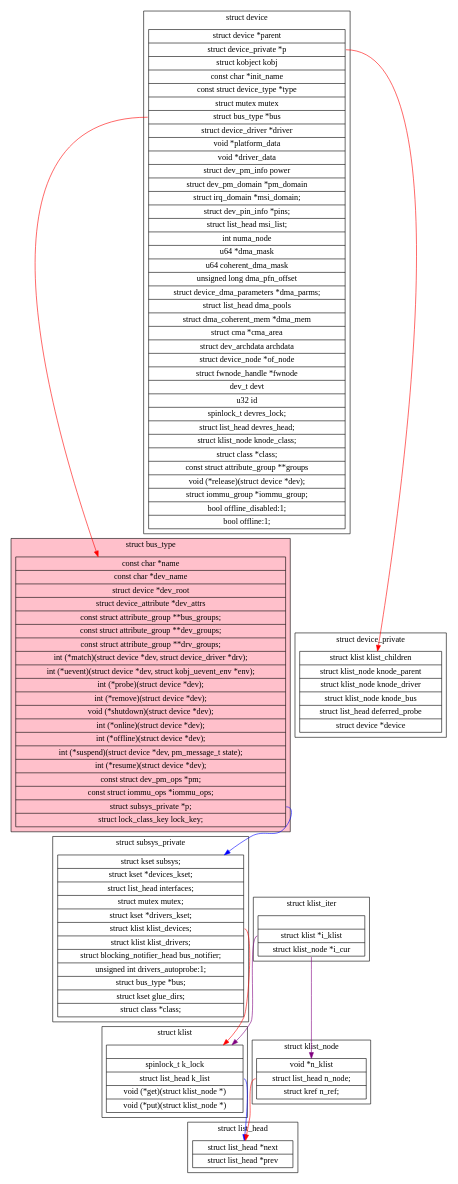
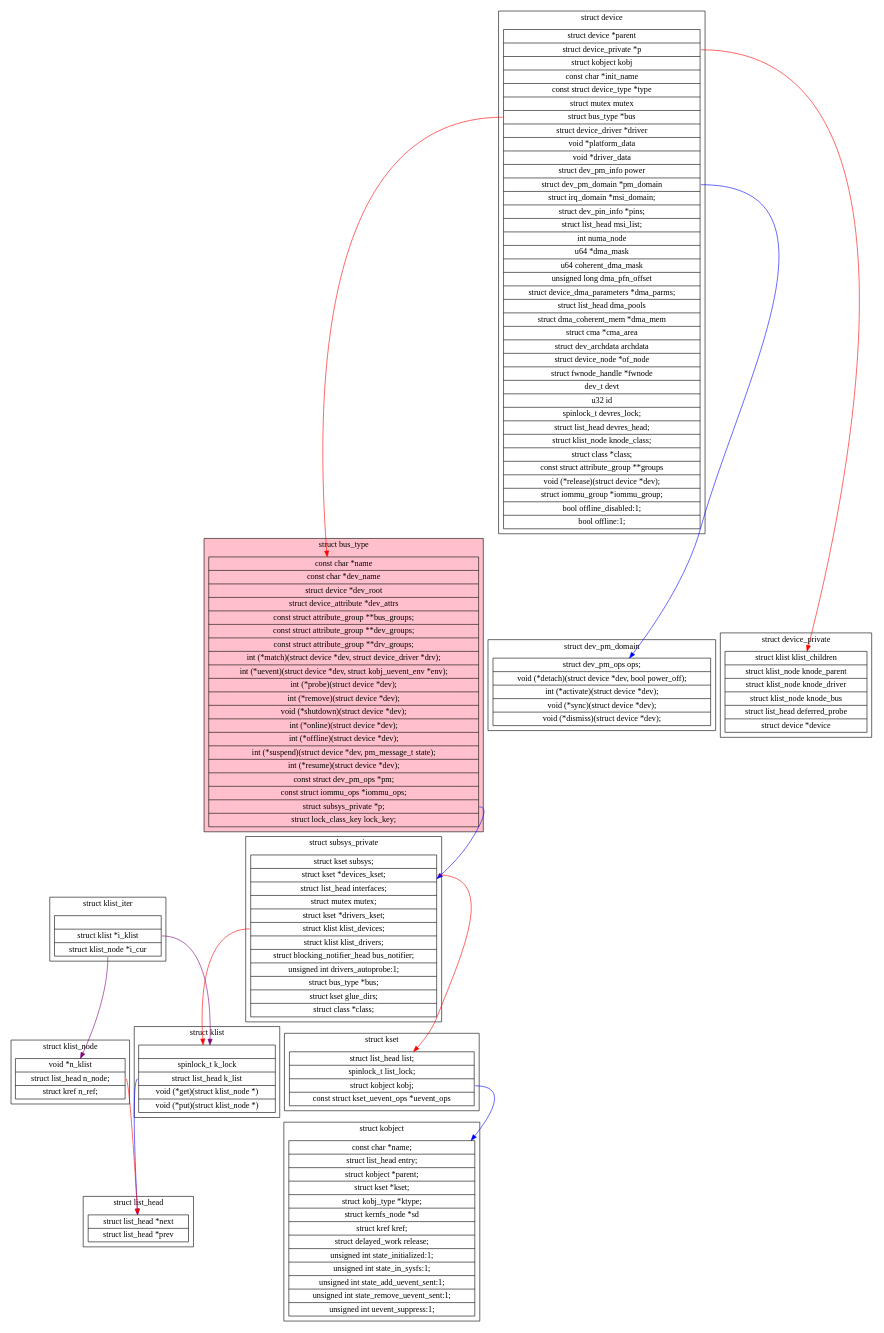
Before and after one commit to YsuXia/Debian-Learning: the diagram in graphviz/kernel/platform-bus.dot, drawn with Graphviz. The commit also changed 7 other files, not shown here.

```diff
--- a/graphviz/kernel/platform-bus.dot
+++ b/graphviz/kernel/platform-bus.dot
@@ -1,146 +1,190 @@
 digraph platform_bus{
 	node[shape=record];
 
 	subgraph cluster_struct_bus_type{
 		label="struct bus_type";
 		bgcolor="pink";
 		"struct bus_type"[label="{
 		const char      *name
     |const char      *dev_name
     |struct device       *dev_root
     |struct device_attribute *dev_attrs
     |const struct attribute_group **bus_groups;
     |const struct attribute_group **dev_groups;
     |const struct attribute_group **drv_groups;
     |int (*match)(struct device *dev, struct device_driver *drv);
     |int (*uevent)(struct device *dev, struct kobj_uevent_env *env);
     |int (*probe)(struct device *dev);
     |int (*remove)(struct device *dev);
     |void (*shutdown)(struct device *dev);
     |int (*online)(struct device *dev);
     |int (*offline)(struct device *dev);
     |int (*suspend)(struct device *dev, pm_message_t state);
     |int (*resume)(struct device *dev);
     |const struct dev_pm_ops *pm;
     |const struct iommu_ops *iommu_ops;
     |<subsys>struct subsys_private *p;
     |struct lock_class_key lock_key;
 		}"];
 	}
 
 	"struct bus_type":subsys->"struct subsys_private"[color=blue];
 
 	subgraph cluster_struct_subsys_private{
 		label="struct subsys_private";
 		"struct subsys_private"[label="{
 		struct kset subsys;
-    |struct kset *devices_kset;
+    |<dev_kset>struct kset *devices_kset;
     |struct list_head interfaces;
     |struct mutex mutex;
     |struct kset *drivers_kset;
     |<devices>struct klist klist_devices;
     |struct klist klist_drivers;
     |struct blocking_notifier_head bus_notifier;
     |unsigned int drivers_autoprobe:1;
     |struct bus_type *bus;
     |struct kset glue_dirs;
     |struct class *class;
 	}"];
 	}
+	"struct subsys_private":dev_kset->"struct kset"[color=red];
+	"struct subsys_private":devices->"struct klist"[color=red];
 
-	"struct subsys_private":devices->"struct klist"[color=red];
+	subgraph cluster_struct_kset{
+		label="struct kset";
+		"struct kset"[label="{
+		struct list_head list;
+    |spinlock_t list_lock;
+    |<obj>struct kobject kobj;
+    |const struct kset_uevent_ops *uevent_ops
+	}"];
+	}
+
+	"struct kset":obj->"struct kobject"[color=blue];
 
 	subgraph cluster_struct_device{
 		label="struct device";
 		"struct device"[label="{
 		struct device  *parent
 		|<private>struct device_private  *p
 		|struct kobject kobj
 		|const char  *init_name
 		|const struct device_type *type
 		|struct mutex        mutex
 		|<bus>struct bus_type *bus
 		|struct device_driver *driver
 		|void     *platform_data
 		|void     *driver_data
 		|struct dev_pm_info  power
-		|struct dev_pm_domain    *pm_domain
+		|<pm_domain>struct dev_pm_domain    *pm_domain
     |struct irq_domain   *msi_domain;
     |struct dev_pin_info *pins;
     |struct list_head    msi_list;
     |int     numa_node
     |u64     *dma_mask
     |u64     coherent_dma_mask
     |unsigned long   dma_pfn_offset
     |struct device_dma_parameters *dma_parms;
     |struct list_head    dma_pools
     |struct dma_coherent_mem *dma_mem
     |struct cma *cma_area
     |struct dev_archdata archdata
     |struct device_node  *of_node
     |struct fwnode_handle    *fwnode
     |dev_t           devt
     |u32         id
     |spinlock_t      devres_lock;
     |struct list_head    devres_head;
     |struct klist_node   knode_class;
     |struct class        *class;
     |const struct attribute_group **groups
 	|void    (*release)(struct device *dev);
     |struct iommu_group  *iommu_group;
     |bool            offline_disabled:1;
     |bool            offline:1;
 	}"];
 	}
+
+	"struct device":pm_domain->"struct dev_pm_domain"[color=blue];
 	"struct device":private->"struct device_private"[color=red];
 	"struct device":bus->"struct bus_type"[color=red];
 	subgraph cluster_struct_device_private{
 		label="struct device_private";
 		"struct device_private"[label="{
 		struct klist klist_children
     |struct klist_node knode_parent
     |struct klist_node knode_driver
     |struct klist_node knode_bus
     |struct list_head deferred_probe
     |struct device *device
 	}"];
+	}
+
+	subgraph cluster_struct_dev_pm_domain{
+		label="struct dev_pm_domain";
+		"struct dev_pm_domain"[label="{
+			struct dev_pm_ops   ops;
+    |void (*detach)(struct device *dev, bool power_off);
+    |int (*activate)(struct device *dev);
+    |void (*sync)(struct device *dev);
+    |void (*dismiss)(struct device *dev);
+		}"];
 	}
 
 	subgraph cluster_struct_klist{
 		label="struct klist";
 		"struct klist"[label="{
 	|spinlock_t      k_lock
     |<list>struct list_head    k_list
     |void       (*get)(struct klist_node *)
     |void       (*put)(struct klist_node *)
 		}"];
 	}
 	"struct klist":list->"struct list_head"[color=blue];
 
 	subgraph cluster_struct_klist_iter{
 		label="struct klist_iter";
 		"struct klist_iter"[label="{
 		|<i_klist>struct klist        *i_klist
     	|<cur>struct klist_node   *i_cur
 	}"];
 	}
 	"struct klist_iter":i_klist->"struct klist"[color=purple];
 	"struct klist_iter":cur->"struct klist_node"[color=purple];
 	subgraph cluster_struct_klist_node{
 		label="struct klist_node";
 		"struct klist_node"[label="{
 		void            *n_klist
     |<n_node>struct list_head    n_node;
     |struct kref     n_ref;
 	}"];
 	}
 	"struct klist_node":n_node->"struct list_head"[color=red];
 	subgraph cluster_struct_list_head{
 		label="struct list_head";
 		"struct list_head"[label="{
 		struct list_head *next
 		|struct list_head *prev
 	}"];
 	}
 
+	subgraph cluster_struct_kobject{
+		label="struct kobject";
+		"struct kobject"[label="{
+		const char      *name;
+    |struct list_head    entry;
+    |struct kobject      *parent;
+    |struct kset     *kset;
+    |struct kobj_type    *ktype;
+    |struct kernfs_node  *sd
+    |struct kref     kref;
+    |struct delayed_work release;
+    |unsigned int state_initialized:1;
+    |unsigned int state_in_sysfs:1;
+    |unsigned int state_add_uevent_sent:1;
+    |unsigned int state_remove_uevent_sent:1;
+    |unsigned int uevent_suppress:1;
+	}"];
+	}
+
 }
```
